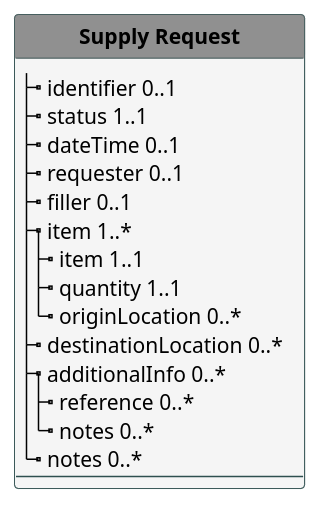
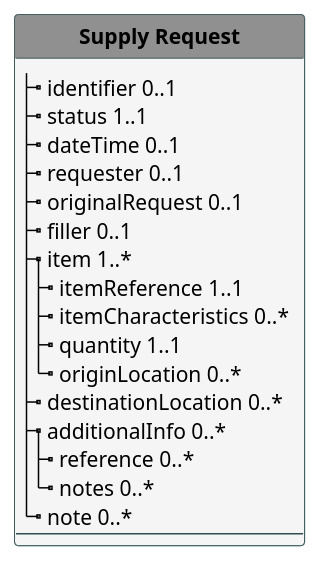
Before and after one commit to IHE/pharm-supply: the diagram in input/images-source/model-supplyrequest.plantuml, drawn with PlantUML. The commit also changed 13 other files, not shown here.

```diff
--- a/input/images-source/model-supplyrequest.plantuml
+++ b/input/images-source/model-supplyrequest.plantuml
@@ -1,42 +1,44 @@
 @startuml
 'skinparam linetype polyline
 'skinparam linetype ortho
 hide circle
 hide stereotype
 
 '!pragma layout smetana
 
 skinparam class<<MD>> {
  BorderColor DarkSlateGray
  BackgroundColor WhiteSmoke
  HeaderBackgroundColor #909090
 }
 
 skinparam class<<TM>> {
  BorderColor #505090
  BackgroundColor APPLICATION
  HeaderBackgroundColor SkyBlue
 }
 
 
     class "**Supply Request**"<<MD>> {
         |_ identifier 0..1
         |_ status 1..1
         |_ dateTime 0..1
         |_ requester 0..1
+        |_ originalRequest 0..1
         |_ filler 0..1
         |_ item 1..*
-          |_ item 1..1
+          |_ itemReference 1..1
+          |_ itemCharacteristics 0..*
           |_ quantity 1..1
           |_ originLocation 0..*
         |_ destinationLocation 0..*    
         |_ additionalInfo 0..*  
           |_ reference 0..*  
           |_ notes 0..*  
-        |_ notes 0..* 
+        |_ note 0..* 
         --
     }
 
 
 
 @enduml
```
